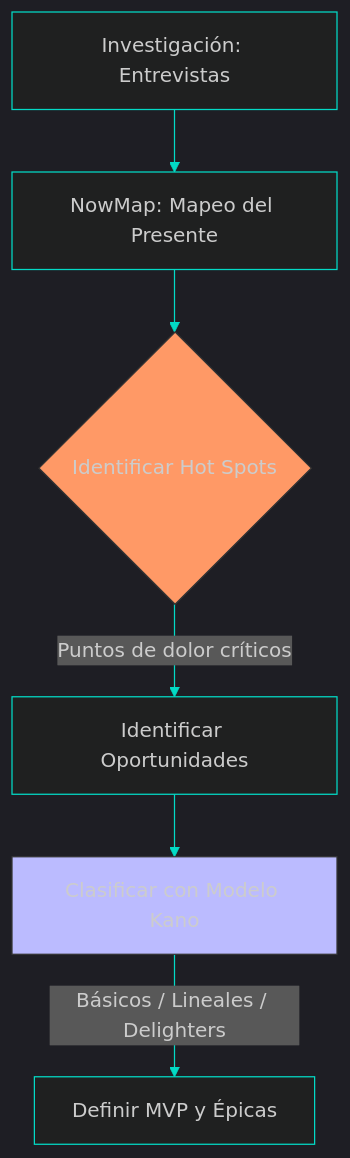
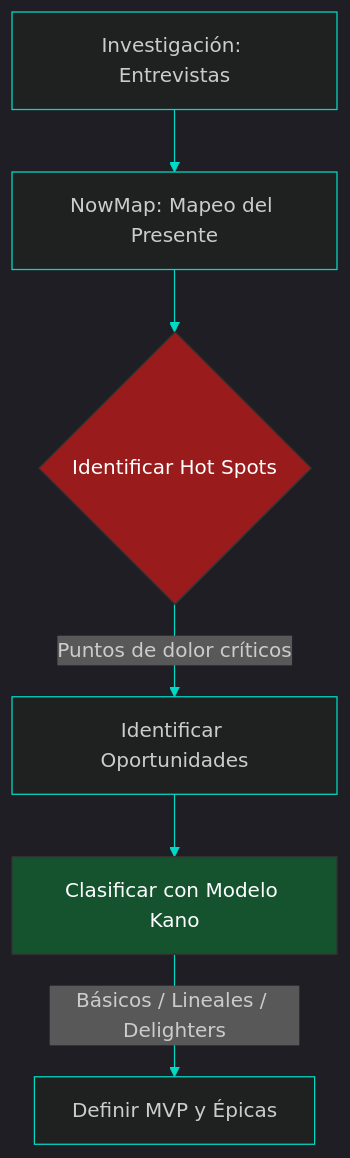
One commit to ConsSorto/ConsSorto.github.io changed the fourth of 4 diagrams in is-702-ads/unidad-1/3.md. Above: the diagram before and after it, drawn with Mermaid.

Commit message:
fix: cambio de colores en el mermeid

````diff
--- a/is-702-ads/unidad-1/3.md
+++ b/is-702-ads/unidad-1/3.md
@@ -220,11 +220,12 @@
 ```mermaid
 %%{init: {'theme': 'dark', 'themeVariables': { 'lineColor': '#03DAC6', 'primaryColor': '#018786', 'nodeBorder': '#03DAC6' }}}%%
 graph TD
     A[Investigación: Entrevistas] --> B[NowMap: Mapeo del Presente]
     B --> C{Identificar Hot Spots}
     C -->|Puntos de dolor críticos| D[Identificar Oportunidades]
     D --> E[Clasificar con Modelo Kano]
     E -->|Básicos / Lineales / Delighters| F[Definir MVP y Épicas]
-    style C fill:#f96,stroke:#333
-    style E fill:#bbf,stroke:#333
+    style C fill:#991b1b,stroke:#333,color:#fff
+    style E fill:#14532d,stroke:#333,color:#fff
+
 ```
````
